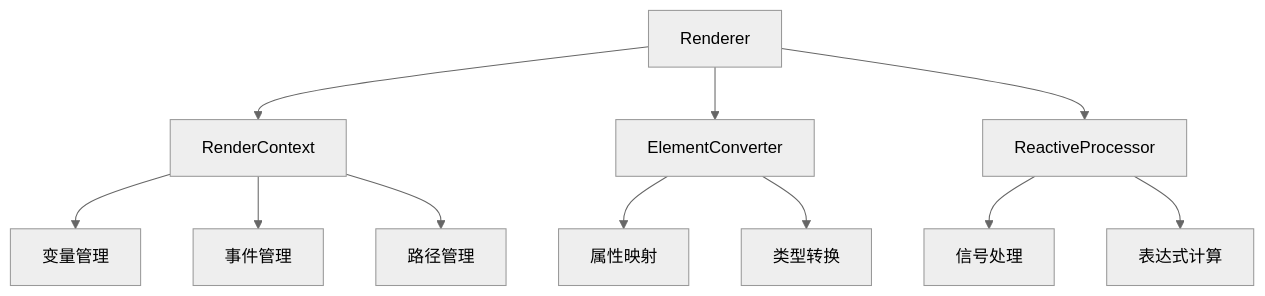
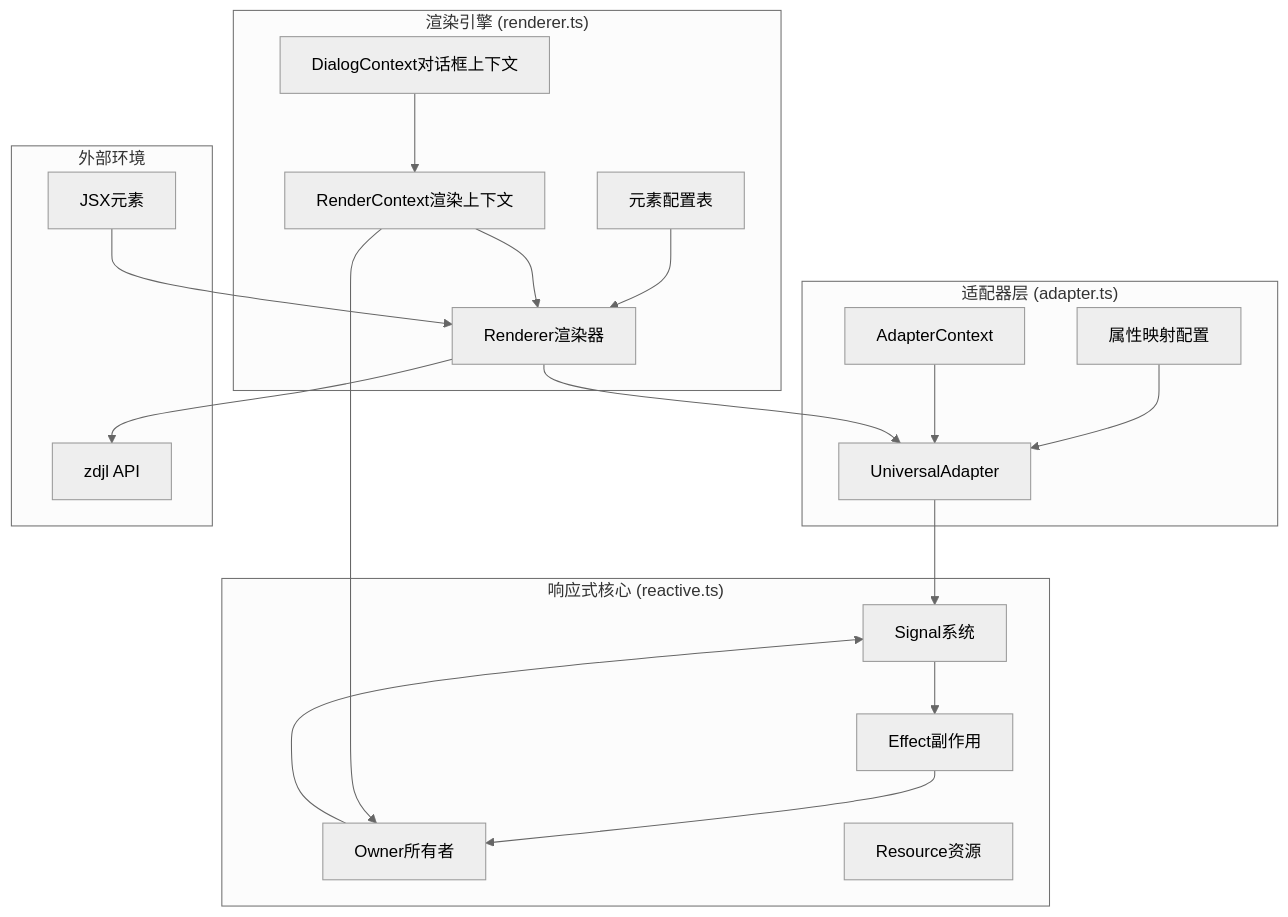
The first of 3 diagrams in README.md (chongiou/kodex), drawn with Mermaid (neutral theme) before and after one commit. The commit also changed other lines of this file and 9 other files, not shown here.

````diff
--- a/README.md
+++ b/README.md
@@ -37,16 +21,44 @@
 ```mermaid
-graph TD
-    A[Renderer] --> B[RenderContext]
-    A --> C[ElementConverter]
-    A --> D[ReactiveProcessor]
+graph TB
+    subgraph "响应式核心 (reactive.ts)"
+        Signal[Signal系统]
+        Effect[Effect副作用]
+        Owner[Owner所有者]
+        Resource[Resource资源]
+        
+        Signal --> Effect
+        Effect --> Owner
+        Owner --> Signal
+    end
     
-    B --> E[变量管理]
-    B --> F[事件管理]
-    B --> G[路径管理]
+    subgraph "适配器层 (adapter.ts)"
+        UniversalAdapter[UniversalAdapter]
+        Mapping[属性映射配置]
+        Context[AdapterContext]
+        
+        Mapping --> UniversalAdapter
+        Context --> UniversalAdapter
+    end
     
-    C --> H[属性映射]
-    C --> I[类型转换]
+    subgraph "渲染引擎 (renderer.ts)"
+        Renderer[Renderer渲染器]
+        RenderContext[RenderContext渲染上下文]
+        ElementConfigs[元素配置表]
+        DialogContext[DialogContext对话框上下文]
+        
+        ElementConfigs --> Renderer
+        RenderContext --> Renderer
+        DialogContext --> RenderContext
+    end
     
-    D --> J[信号处理]
-    D --> K[表达式计算]
+    subgraph "外部环境"
+        ZDJL[zdjl API]
+        JSXElements[JSX元素]
+    end
+    
+    JSXElements --> Renderer
+    Renderer --> UniversalAdapter
+    UniversalAdapter --> Signal
+    Renderer --> ZDJL
+    RenderContext --> Owner
 ```
````
